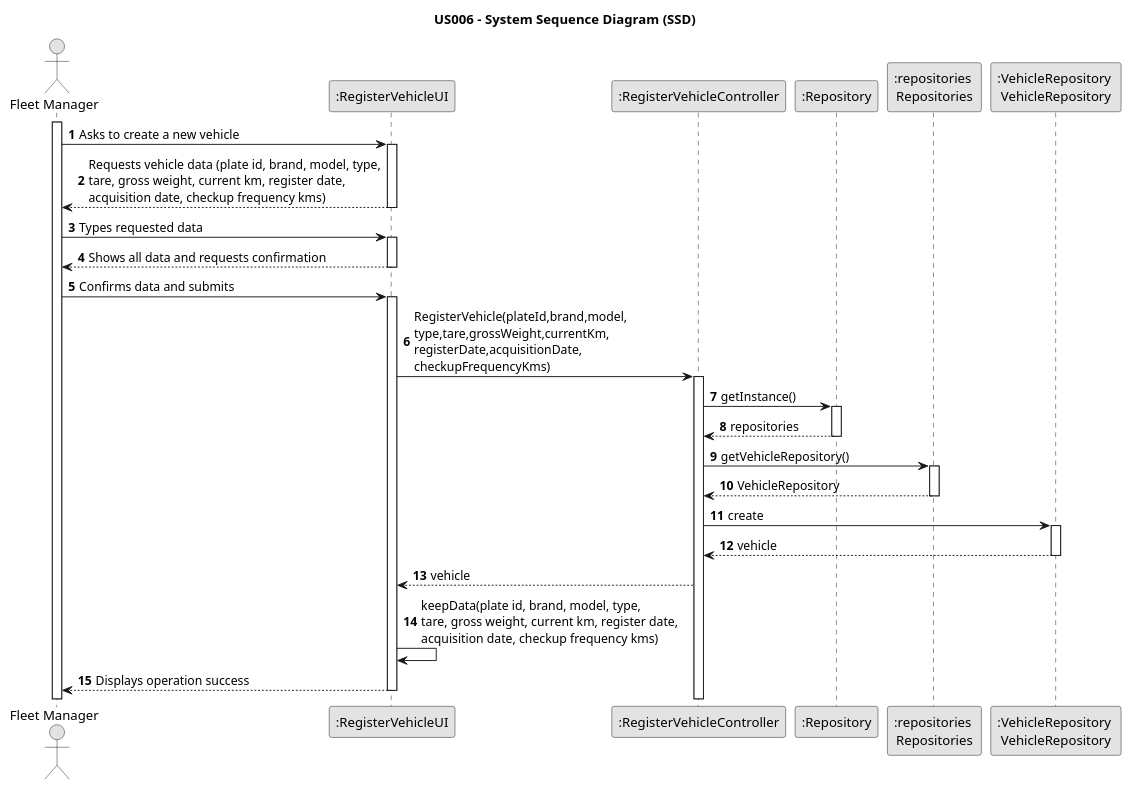
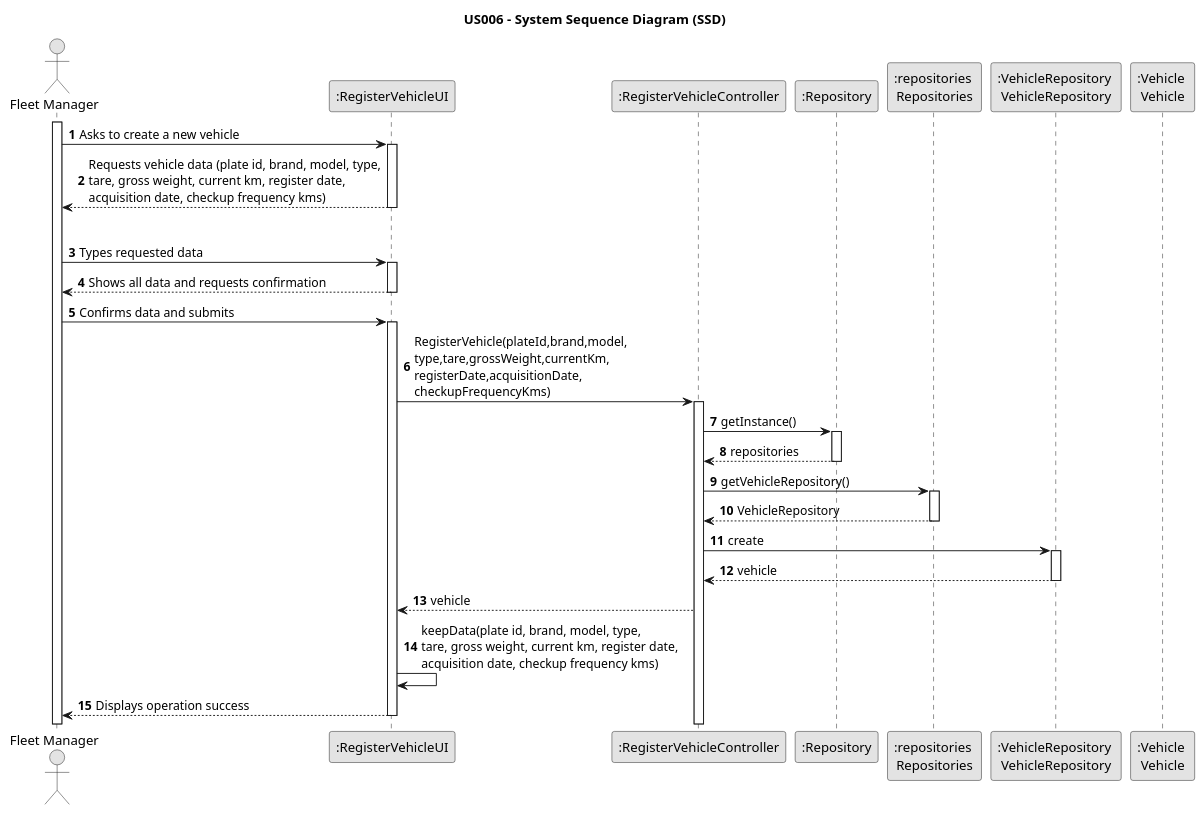
Before and after one commit to Rui-San/LAPR2_2023_2024: the diagram in docs/sprintB/us006/03.design/puml/us006-system-sequence-diagram.puml, drawn with PlantUML.

Commit message:
US006: Finished

```diff
--- a/docs/sprintB/us006/03.design/puml/us006-system-sequence-diagram.puml
+++ b/docs/sprintB/us006/03.design/puml/us006-system-sequence-diagram.puml
@@ -1,71 +1,73 @@
 @startuml
 skinparam monochrome true
 skinparam packageStyle rectangle
 skinparam shadowing false
 
 title US006 - System Sequence Diagram (SSD)
 
 autonumber
 
 actor "Fleet Manager" as Employee
 participant ":RegisterVehicleUI" as System
 participant ":RegisterVehicleController" as CTRL
 participant ":Repository" as REP
 participant ":repositories \nRepositories" as REPS
 participant ":VehicleRepository \nVehicleRepository" as VR
-
+participant ":Vehicle \nVehicle"
 activate Employee
 
     Employee -> System : Asks to create a new vehicle
     activate System
 
 System --> Employee : Requests vehicle data (plate id, brand, model, type,\ntare, gross weight, current km, register date,\nacquisition date, checkup frequency kms)
     deactivate System
 
-
+    loop until typed data is validated
     Employee -> System : Types requested data
     activate System
 
         System --> Employee : Shows all data and requests confirmation
     deactivate System
 
     Employee -> System : Confirms data and submits
     activate System
         System->CTRL :RegisterVehicle(plateId,brand,model,\ntype,tare,grossWeight,currentKm,\nregisterDate,acquisitionDate,\ncheckupFrequencyKms)
         activate CTRL
 
             CTRL->REP: getInstance()
 
             activate REP
 
             REP-->CTRL: repositories
 
             deactivate REP
 
             CTRL->REPS: getVehicleRepository()
 
             activate REPS
 
             REPS-->CTRL: VehicleRepository
 
             deactivate REPS
 
             CTRL->VR: create
 
             activate VR
 
+
+
             VR-->CTRL: vehicle
 
             deactivate VR
 
             CTRL-->System: vehicle
 
             System->System: keepData(plate id, brand, model, type,\ntare, gross weight, current km, register date,\nacquisition date, checkup frequency kms)
 
         System --> Employee : Displays operation success
     deactivate System
 
 
 
 
 @enduml
```
